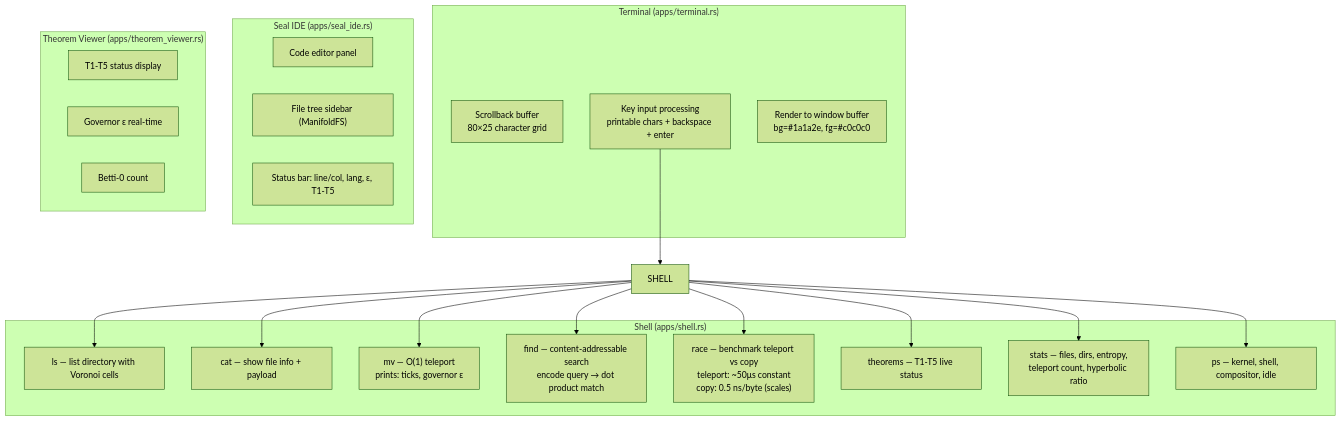
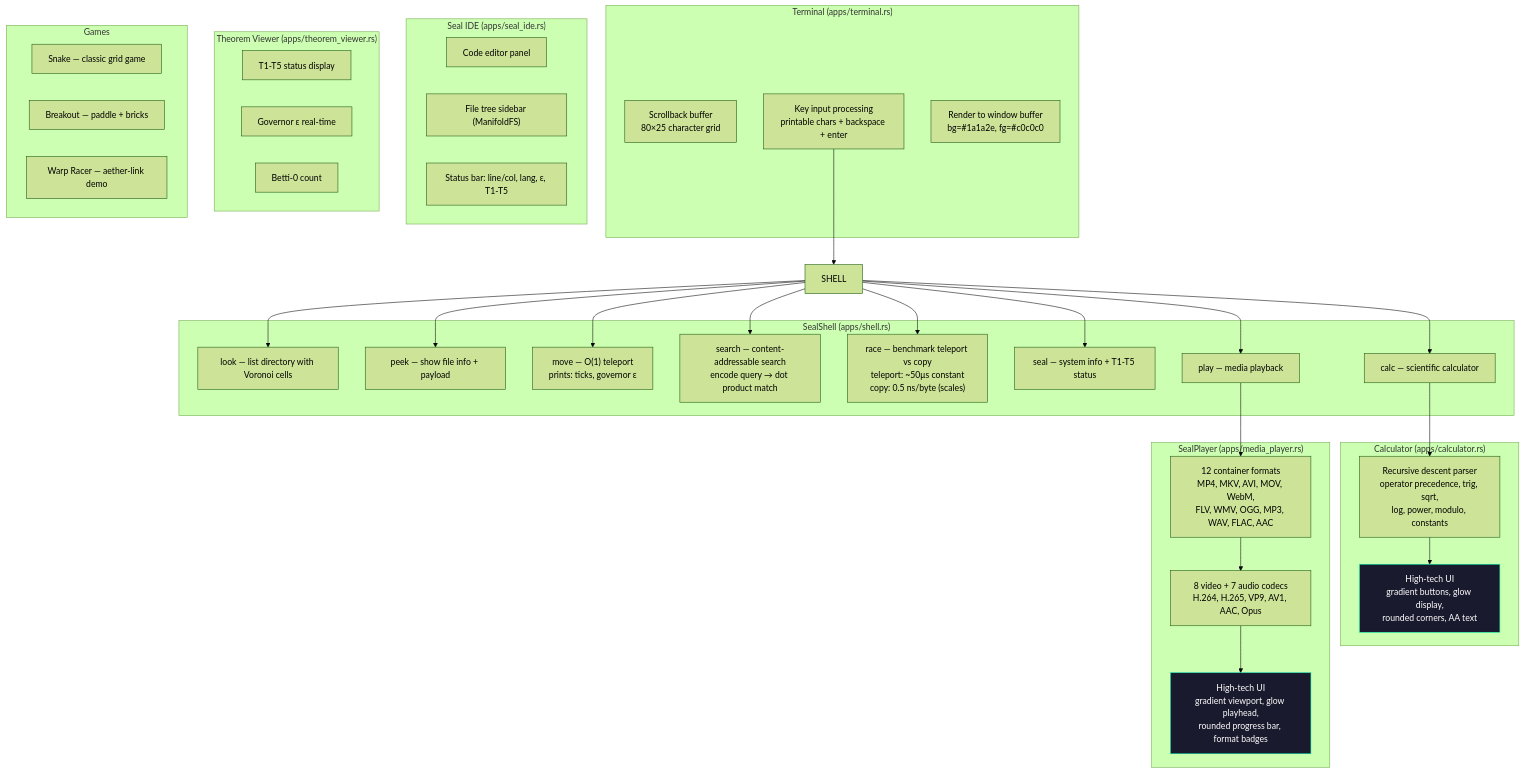
Before and after one commit to teerthsharma/Epsilon-Hollow: the ninth of 15 diagrams in README.md, drawn with Mermaid (forest theme). The commit also changed other lines of this file and 29 other files, not shown here.

First line of the commit message:
feat(seal-os): real event loop, interactive apps, honest stubs

````diff
--- a/README.md
+++ b/README.md
@@ -416,34 +446,58 @@
 ```mermaid
 graph TD
     subgraph "Terminal (apps/terminal.rs)"
         TERM_BUF["Scrollback buffer<br/>80×25 character grid"]
         TERM_IN["Key input processing<br/>printable chars + backspace + enter"]
         TERM_RENDER["Render to window buffer<br/>bg=#1a1a2e, fg=#c0c0c0"]
     end
 
-    subgraph "Shell (apps/shell.rs)"
-        LS["ls — list directory with Voronoi cells"]
-        CAT["cat — show file info + payload"]
-        MV["mv — O(1) teleport<br/>prints: ticks, governor ε"]
-        FIND["find — content-addressable search<br/>encode query → dot product match"]
+    subgraph "SealShell (apps/shell.rs)"
+        LS["look — list directory with Voronoi cells"]
+        CAT["peek — show file info + payload"]
+        MV["move — O(1) teleport<br/>prints: ticks, governor ε"]
+        FIND["search — content-addressable search<br/>encode query → dot product match"]
         RACE["race — benchmark teleport vs copy<br/>teleport: ~50μs constant<br/>copy: 0.5 ns/byte (scales)"]
-        THEOREMS["theorems — T1-T5 live status"]
-        STATS["stats — files, dirs, entropy,<br/>teleport count, hyperbolic ratio"]
-        PS["ps — kernel, shell, compositor, idle"]
+        THEOREMS["seal — system info + T1-T5 status"]
+        CALC_CMD["calc — scientific calculator"]
+        PLAY_CMD["play — media playback"]
+    end
+
+    subgraph "Calculator (apps/calculator.rs)"
+        CALC_PARSE["Recursive descent parser<br/>operator precedence, trig, sqrt,<br/>log, power, modulo, constants"]
+        CALC_UI["High-tech UI<br/>gradient buttons, glow display,<br/>rounded corners, AA text"]
+    end
+
+    subgraph "SealPlayer (apps/media_player.rs)"
+        PLAYER_FMT["12 container formats<br/>MP4, MKV, AVI, MOV, WebM,<br/>FLV, WMV, OGG, MP3, WAV, FLAC, AAC"]
+        PLAYER_CODEC["8 video + 7 audio codecs<br/>H.264, H.265, VP9, AV1, AAC, Opus"]
+        PLAYER_UI["High-tech UI<br/>gradient viewport, glow playhead,<br/>rounded progress bar, format badges"]
     end
 
     subgraph "Seal IDE (apps/seal_ide.rs)"
         IDE_EDIT["Code editor panel"]
         IDE_TREE["File tree sidebar (ManifoldFS)"]
         IDE_STATUS["Status bar: line/col, lang, ε, T1-T5"]
     end
 
     subgraph "Theorem Viewer (apps/theorem_viewer.rs)"
         TV_LIST["T1-T5 status display"]
         TV_EPS["Governor ε real-time"]
         TV_BETTI["Betti-0 count"]
     end
 
+    subgraph "Games"
+        SNAKE["Snake — classic grid game"]
+        BREAKOUT["Breakout — paddle + bricks"]
+        WARP["Warp Racer — aether-link demo"]
+    end
+
     TERM_IN --> SHELL
-    SHELL --> LS & CAT & MV & FIND & RACE & THEOREMS & STATS & PS
+    SHELL --> LS & CAT & MV & FIND & RACE & THEOREMS & CALC_CMD & PLAY_CMD
+    CALC_CMD --> CALC_PARSE
+    CALC_PARSE --> CALC_UI
+    PLAY_CMD --> PLAYER_FMT
+    PLAYER_FMT --> PLAYER_CODEC --> PLAYER_UI
+
+    style CALC_UI fill:#1a1a2e,stroke:#00ffaa,color:#fff
+    style PLAYER_UI fill:#1a1a2e,stroke:#00ddaa,color:#fff
 ```
````
